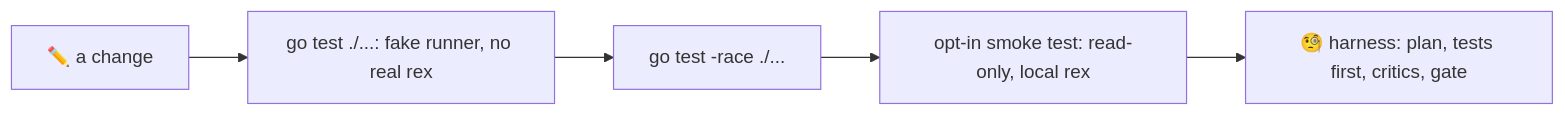
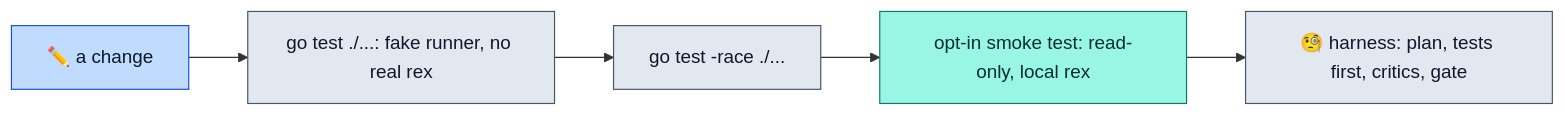
Before and after one commit to rbobillot/lazyrex: the diagram in docs/development.md, drawn with Mermaid. The commit also changed 11 other files, not shown here.

Commit message:
docs: color the mermaid diagrams

````diff
--- a/docs/development.md
+++ b/docs/development.md
@@ -7,7 +7,17 @@
 ```mermaid
 flowchart LR
     change["✏️ a change"] --> unit["go test ./...: fake runner, no real rex"]
     unit --> race["go test -race ./..."]
     race --> smoke["opt-in smoke test: read-only, local rex"]
     smoke --> review["🧐 harness: plan, tests first, critics, gate"]
+    classDef entry fill:#bfdbfe,stroke:#1d4ed8,color:#0f172a
+    classDef step fill:#e2e8f0,stroke:#475569,color:#0f172a
+    classDef decision fill:#fde68a,stroke:#b45309,color:#1c1917
+    classDef caution fill:#fed7aa,stroke:#c2410c,color:#1c1917
+    classDef success fill:#bbf7d0,stroke:#15803d,color:#052e16
+    classDef failure fill:#fecaca,stroke:#b91c1c,color:#450a0a
+    classDef rexside fill:#99f6e4,stroke:#0f766e,color:#042f2e
+    class change entry
+    class unit,race,review step
+    class smoke rexside
 ```
````
